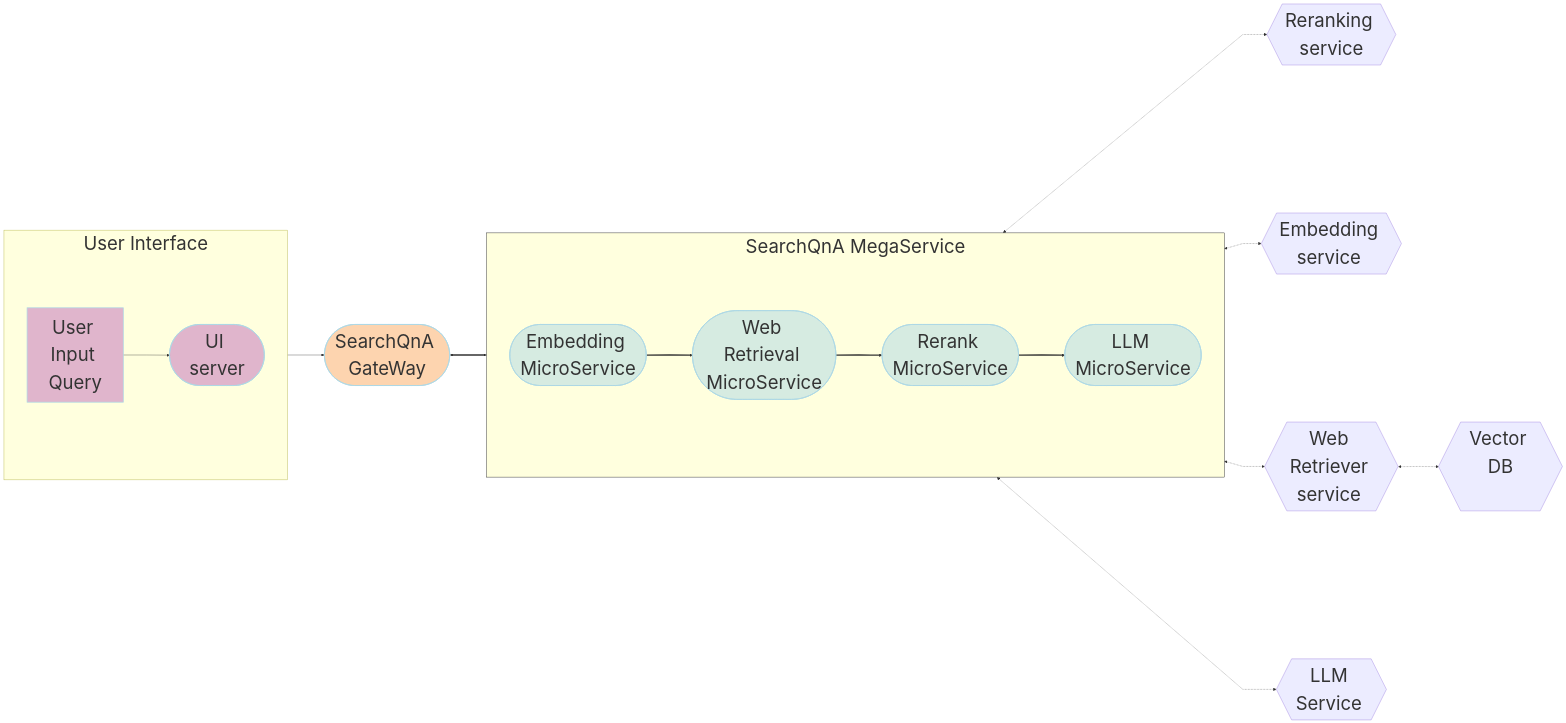
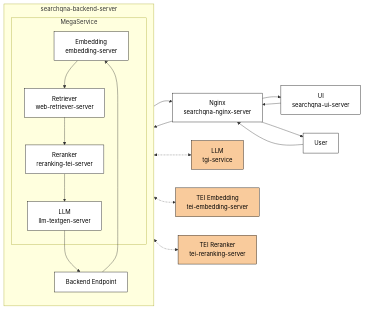
One commit to opea-project/GenAIExamples changed the diagram in SearchQnA/README.md. Above: the diagram before and after it, drawn with Mermaid. The commit also changed other lines of this file and 11 other files, not shown here.

Commit message:
Updated SearchQnA to use nginx like ChatQnA (#1769)

````diff
--- a/SearchQnA/README.md
+++ b/SearchQnA/README.md
@@ -32,62 +32,34 @@
 ```mermaid
----
-config:
-  flowchart:
-    nodeSpacing: 400
-    rankSpacing: 100
-    curve: linear
-  themeVariables:
-    fontSize: 50px
----
+%% Orange are microservices from third parties that are 'wrapped' as OPEA components.
 flowchart LR
-    %% Colors %%
-    classDef blue fill:#ADD8E6,stroke:#ADD8E6,stroke-width:2px,fill-opacity:0.5
-    classDef orange fill:#FBAA60,stroke:#ADD8E6,stroke-width:2px,fill-opacity:0.5
-    classDef orchid fill:#C26DBC,stroke:#ADD8E6,stroke-width:2px,fill-opacity:0.5
-    classDef invisible fill:transparent,stroke:transparent;
-    style SearchQnA-MegaService stroke:#000000
+    User["User"] --> Nginx["Nginx<br>searchqna-nginx-server"]
+    Nginx --> UI["UI<br>searchqna-ui-server"] & Gateway & User
+    UI --> Nginx
+    Gateway --> Nginx & Embedding
+    Embedding --> Retriever
+    Retriever --> Reranker
+    Reranker --> LLM
+    LLM --> Gateway
+    LLM <-.-> TGI_Service["LLM<br>tgi-service"]
+    Embedding <-.-> TEI_Embedding["TEI Embedding<br>tei-embedding-server"]
+    Reranker <-.-> TEI_Reranker["TEI Reranker<br>tei-reranking-server"]
 
-    %% Subgraphs %%
-    subgraph SearchQnA-MegaService["SearchQnA MegaService "]
-        direction LR
-        EM([Embedding MicroService]):::blue
-        RET([Web Retrieval MicroService]):::blue
-        RER([Rerank MicroService]):::blue
-        LLM([LLM MicroService]):::blue
-    end
-    subgraph UserInterface[" User Interface "]
-        direction LR
-        a([User Input Query]):::orchid
-        UI([UI server<br>]):::orchid
-    end
+     TEI_Embedding:::ext
+     TEI_Reranker:::ext
+     TGI_Service:::ext
 
-
-
-    TEI_RER{{Reranking service<br>}}
-    TEI_EM{{Embedding service <br>}}
-    VDB{{Vector DB<br><br>}}
-    R_RET{{Web Retriever service <br>}}
-    LLM_gen{{LLM Service <br>}}
-    GW([SearchQnA GateWay<br>]):::orange
-
-    %% Questions interaction
-    direction LR
-    a[User Input Query] --> UI
-    UI --> GW
-    GW <==> SearchQnA-MegaService
-    EM ==> RET
-    RET ==> RER
-    RER ==> LLM
-
-    %% Embedding service flow
-    direction LR
-    EM <-.-> TEI_EM
-    RET <-.-> R_RET
-    RER <-.-> TEI_RER
-    LLM <-.-> LLM_gen
-
+ subgraph MegaService["MegaService"]
+        LLM["LLM<br>llm-textgen-server"]
+        Reranker["Reranker<br>reranking-tei-server"]
+        Retriever["Retriever<br>web-retriever-server"]
+        Embedding["Embedding<br>embedding-server"]
+  end
+ subgraph Backend["searchqna-backend-server"]
     direction TB
-    %% Vector DB interaction
-    R_RET <-.-> VDB
-
+        MegaService
+        Gateway["Backend Endpoint"]
+ end
+    classDef default fill:#fff,stroke:#000,color:#000
+    classDef ext fill:#f9cb9c,stroke:#000,color:#000
+    style MegaService margin-top:20px,margin-bottom:20px
 ```
````
